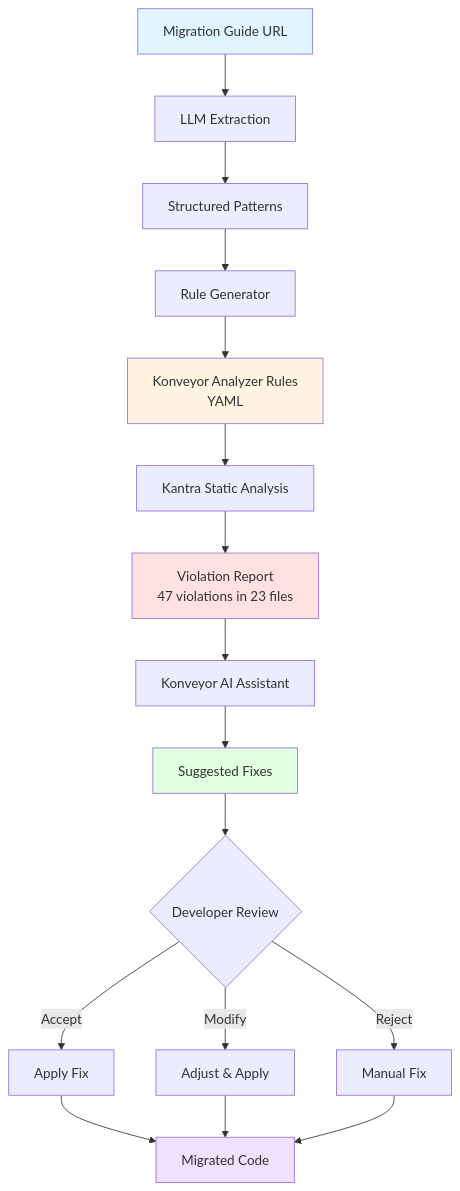
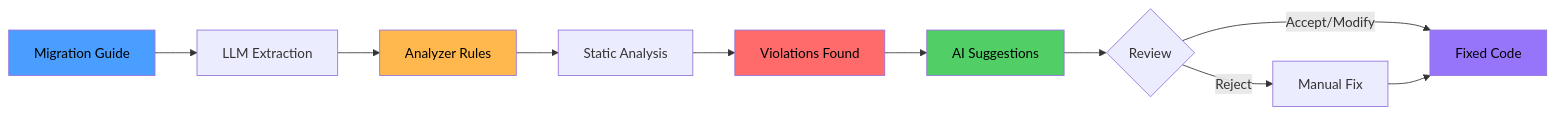
One commit to tsanders-rh/tsanders-rh.github.io changed the diagram in _drafts/automating-ui-migrations-ai-analyzer-rules.md. Above: the diagram before and after it, drawn with Mermaid. The commit also changed other lines of this file and 4 other files, not shown here.

```diff
--- a/_drafts/automating-ui-migrations-ai-analyzer-rules.md
+++ b/_drafts/automating-ui-migrations-ai-analyzer-rules.md
@@ -130,24 +140,18 @@
 <div class="mermaid">
-flowchart TD
-    A[Migration Guide URL] --> B[LLM Extraction]
-    B --> C[Structured Patterns]
-    C --> D[Rule Generator]
-    D --> E[Konveyor Analyzer Rules<br/>YAML]
-    E --> F[Kantra Static Analysis]
-    F --> G[Violation Report<br/>47 violations in 23 files]
-    G --> H[Konveyor AI Assistant]
-    H --> I[Suggested Fixes]
-    I --> J{Developer Review}
-    J -->|Accept| K[Apply Fix]
-    J -->|Modify| L[Adjust & Apply]
-    J -->|Reject| M[Manual Fix]
-    K --> N[Migrated Code]
-    L --> N
-    M --> N
+flowchart LR
+    A[Migration Guide] --> B[LLM Extraction]
+    B --> C[Analyzer Rules]
+    C --> D[Static Analysis]
+    D --> E[Violations Found]
+    E --> F[AI Suggestions]
+    F --> G{Review}
+    G -->|Accept/Modify| H[Fixed Code]
+    G -->|Reject| I[Manual Fix]
+    I --> H
 
-    style A fill:#e1f5ff
-    style E fill:#fff4e1
-    style G fill:#ffe1e1
-    style I fill:#e1ffe1
-    style N fill:#f0e1ff
+    style A fill:#4a9eff,color:#000
+    style C fill:#ffb84d,color:#000
+    style E fill:#ff6b6b,color:#000
+    style F fill:#51cf66,color:#000
+    style H fill:#9775fa,color:#000
 </div>
```
